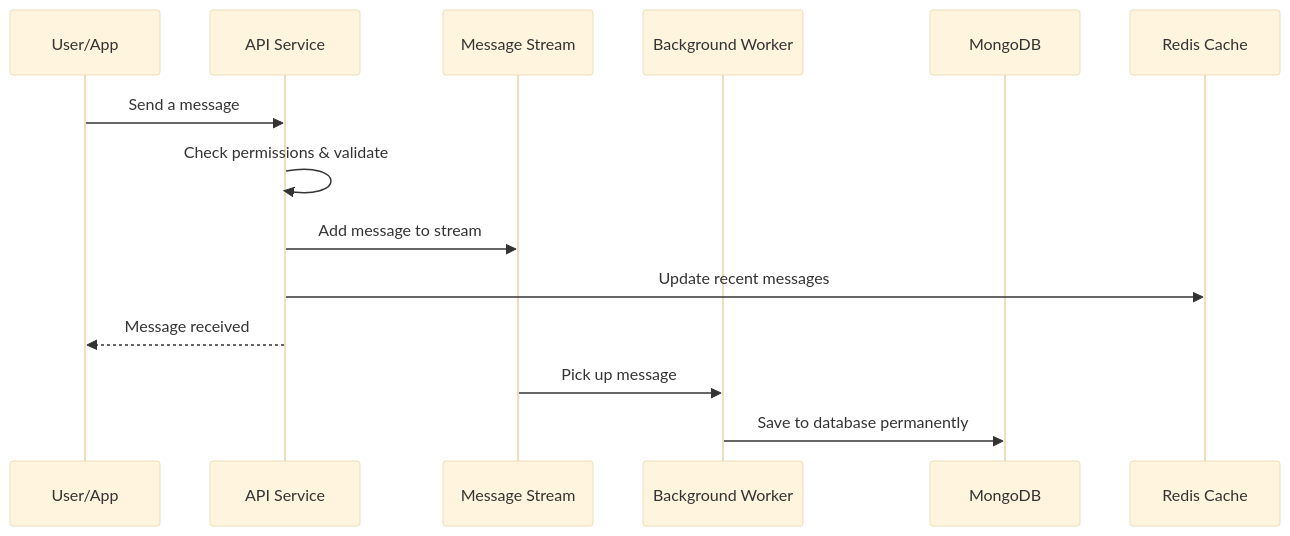
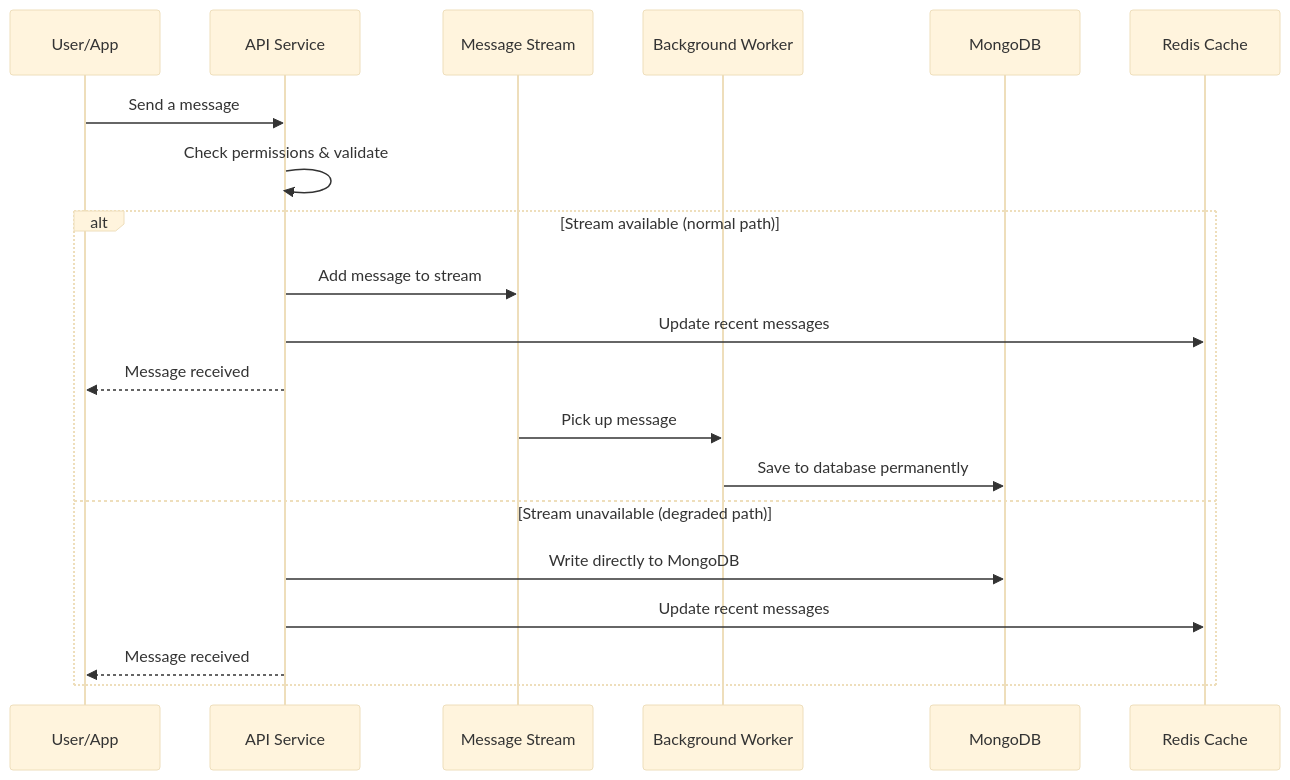
The second of 3 diagrams in services/chats/docs/concepts/request-flows.md (kunalPisolkar24/detectAI), drawn with Mermaid (base theme) before and after one commit. The commit also changed other lines of this file and 8 other files, not shown here.

````diff
--- a/services/chats/docs/concepts/request-flows.md
+++ b/services/chats/docs/concepts/request-flows.md
@@ -36,17 +36,24 @@
 ```mermaid
 sequenceDiagram
     participant User as User/App
     participant API as API Service
     participant Stream as Message Stream
     participant Worker as Background Worker
     participant DB as MongoDB
     participant Cache as Redis Cache
     
     User->>API: Send a message
     API->>API: Check permissions & validate
-    API->>Stream: Add message to stream
-    API->>Cache: Update recent messages
-    API-->>User: Message received
-    Stream->>Worker: Pick up message
-    Worker->>DB: Save to database permanently
+    
+    alt Stream available (normal path)
+        API->>Stream: Add message to stream
+        API->>Cache: Update recent messages
+        API-->>User: Message received
+        Stream->>Worker: Pick up message
+        Worker->>DB: Save to database permanently
+    else Stream unavailable (degraded path)
+        API->>DB: Write directly to MongoDB
+        API->>Cache: Update recent messages
+        API-->>User: Message received
+    end
 ```
````
